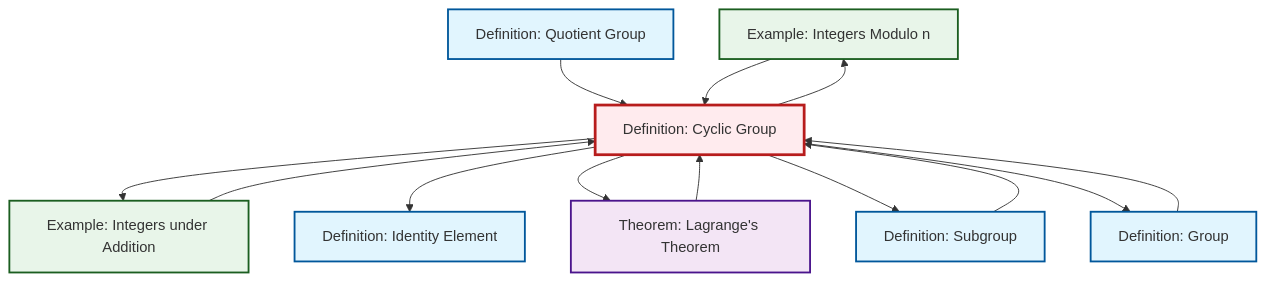
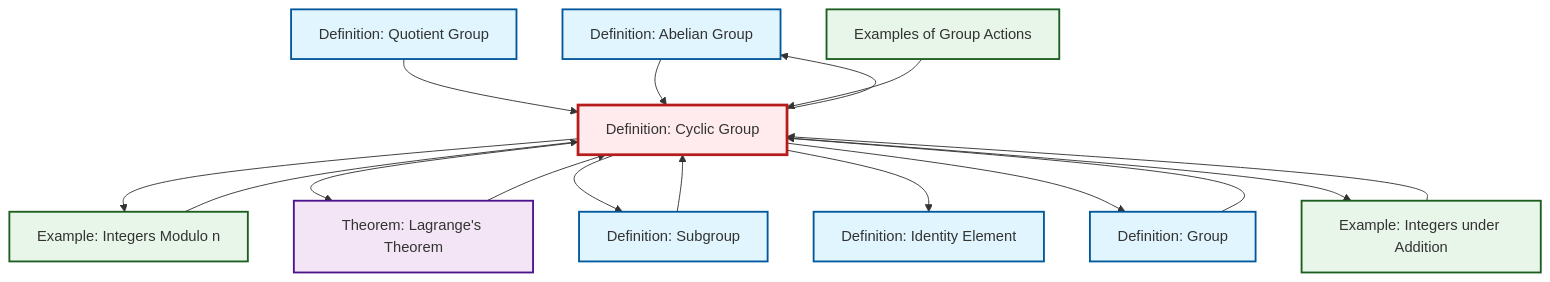
One commit to RK0429/ModernMath changed the diagram in content/ja/algebra/def-cyclic-group.qmd. Above: the diagram before and after it, drawn with Mermaid. The commit also changed 474 other files, not shown here.

First line of the commit message:
Add group action content with comprehensive cross-references

````diff
--- a/content/ja/algebra/def-cyclic-group.qmd
+++ b/content/ja/algebra/def-cyclic-group.qmd
@@ -90,37 +90,44 @@
 ```{mermaid}
 %%| fig-cap: "Local dependency graph"
 graph TD
     classDef definition fill:#e1f5fe,stroke:#01579b,stroke-width:2px
     classDef theorem fill:#f3e5f5,stroke:#4a148c,stroke-width:2px
     classDef axiom fill:#fff3e0,stroke:#e65100,stroke-width:2px
     classDef example fill:#e8f5e9,stroke:#1b5e20,stroke-width:2px
     classDef current fill:#ffebee,stroke:#b71c1c,stroke-width:3px
+    def-abelian-group["Definition: Abelian Group"]:::definition
+    ex-integers-addition["Example: Integers under Addition"]:::example
+    ex-group-action-examples["Examples of Group Actions"]:::example
+    def-quotient-group["Definition: Quotient Group"]:::definition
     ex-quotient-integers-mod-n["Example: Integers Modulo n"]:::example
+    def-cyclic-group["Definition: Cyclic Group"]:::definition
+    thm-lagrange["Theorem: Lagrange's Theorem"]:::theorem
+    def-identity-element["Definition: Identity Element"]:::definition
     def-group["Definition: Group"]:::definition
-    def-quotient-group["Definition: Quotient Group"]:::definition
-    ex-integers-addition["Example: Integers under Addition"]:::example
-    def-identity-element["Definition: Identity Element"]:::definition
-    thm-lagrange["Theorem: Lagrange's Theorem"]:::theorem
-    def-cyclic-group["Definition: Cyclic Group"]:::definition
     def-subgroup["Definition: Subgroup"]:::definition
-    def-group --> def-cyclic-group
-    def-quotient-group --> def-cyclic-group
     thm-lagrange --> def-cyclic-group
-    ex-quotient-integers-mod-n --> def-cyclic-group
-    def-subgroup --> def-cyclic-group
-    def-cyclic-group --> ex-integers-addition
-    def-cyclic-group --> def-identity-element
     def-cyclic-group --> ex-quotient-integers-mod-n
     def-cyclic-group --> thm-lagrange
     def-cyclic-group --> def-subgroup
+    def-quotient-group --> def-cyclic-group
+    def-group --> def-cyclic-group
+    def-cyclic-group --> def-identity-element
+    ex-quotient-integers-mod-n --> def-cyclic-group
+    def-cyclic-group --> def-abelian-group
+    def-subgroup --> def-cyclic-group
+    def-abelian-group --> def-cyclic-group
+    def-cyclic-group --> def-group
+    ex-group-action-examples --> def-cyclic-group
     ex-integers-addition --> def-cyclic-group
-    def-cyclic-group --> def-group
+    def-cyclic-group --> ex-integers-addition
     class def-cyclic-group current
+    click def-abelian-group "def-abelian-group.html" "Definition: Abelian Groupへ"
+    click ex-integers-addition "ex-integers-addition.html" "Example: Integers under Additionへ"
+    click ex-group-action-examples "ex-group-action-examples.html" "Examples of Group Actionsへ"
+    click def-quotient-group "def-quotient-group.html" "Definition: Quotient Groupへ"
     click ex-quotient-integers-mod-n "ex-quotient-integers-mod-n.html" "Example: Integers Modulo nへ"
+    click thm-lagrange "thm-lagrange.html" "Theorem: Lagrange's Theoremへ"
+    click def-identity-element "def-identity-element.html" "Definition: Identity Elementへ"
     click def-group "def-group.html" "Definition: Groupへ"
-    click def-quotient-group "def-quotient-group.html" "Definition: Quotient Groupへ"
-    click ex-integers-addition "ex-integers-addition.html" "Example: Integers under Additionへ"
-    click def-identity-element "def-identity-element.html" "Definition: Identity Elementへ"
-    click thm-lagrange "thm-lagrange.html" "Theorem: Lagrange's Theoremへ"
     click def-subgroup "def-subgroup.html" "Definition: Subgroupへ"
 ```
````
